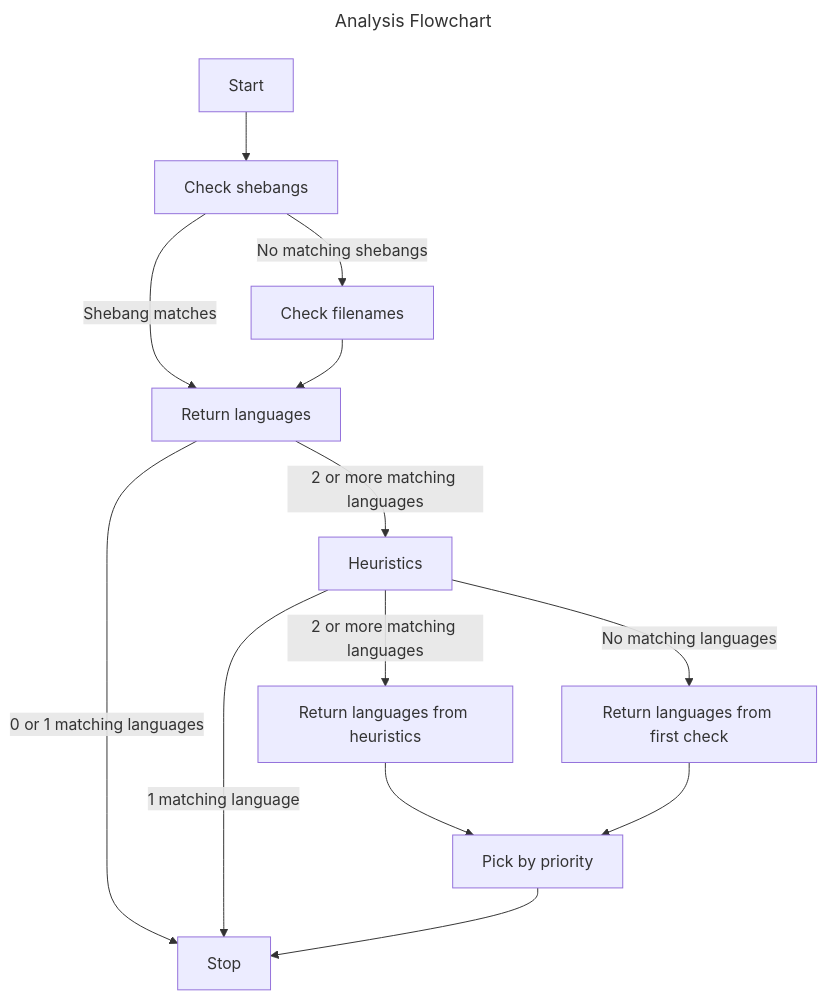
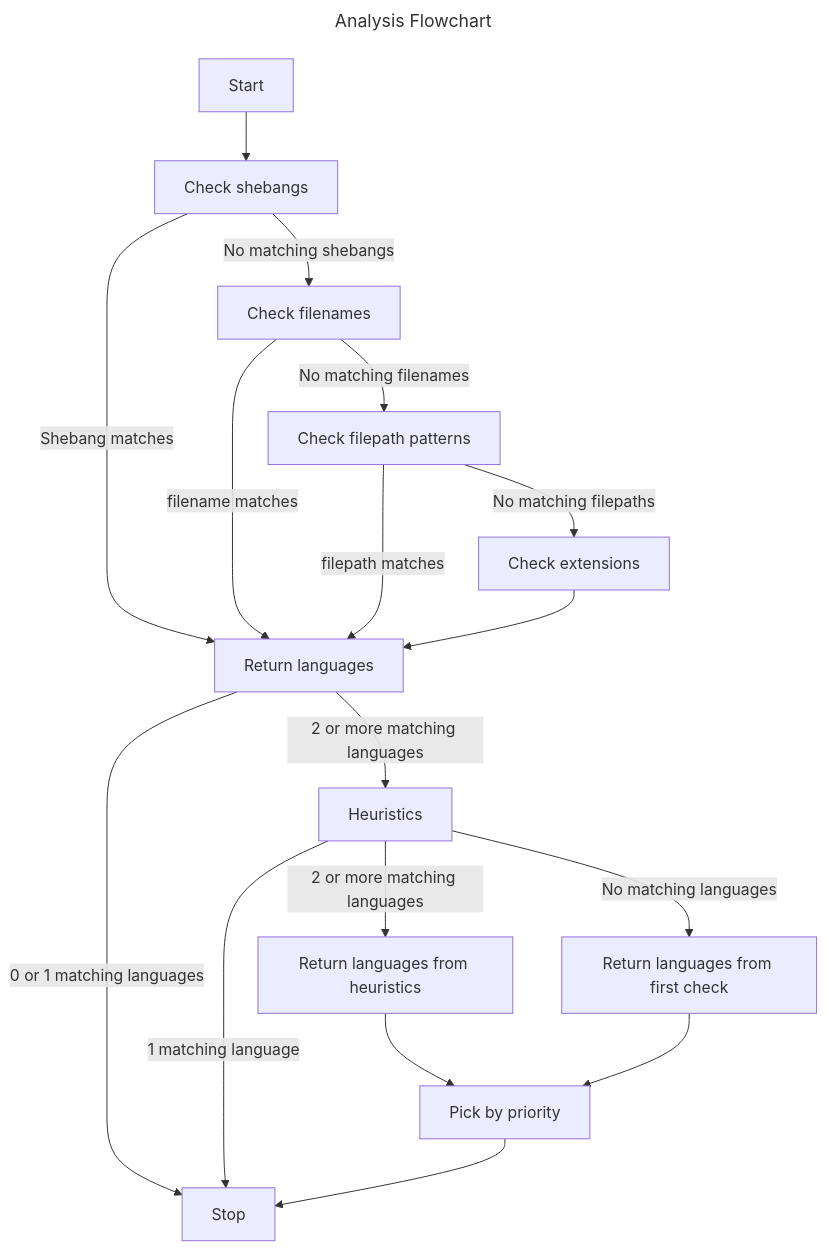
The diagram in docs/analysis-state-diagram.mmd (spenserblack/gengo), drawn with Mermaid before and after one commit. The commit also changed 4 other files, not shown here.

```diff
--- a/docs/analysis-state-diagram.mmd
+++ b/docs/analysis-state-diagram.mmd
@@ -1,25 +1,31 @@
 ---
 title: Analysis Flowchart
 ---
 flowchart TD
     start[Start]
     pass1[Check shebangs]
     pass1part2[Check filenames]
+    pass1part3[Check filepath patterns]
+    pass1part4[Check extensions]
     result1[Return languages]
     pass2[Heuristics]
     result2branch1[Return languages from heuristics]
     result2branch2[Return languages from first check]
     pass3[Pick by priority]
     stop[Stop]
     start --> pass1
     pass1 -->|Shebang matches| result1
     pass1 -->|No matching shebangs| pass1part2
-    pass1part2 --> result1
+    pass1part2 -->|filename matches| result1
+    pass1part2 -->|No matching filenames| pass1part3
+    pass1part3 -->|filepath matches| result1
+    pass1part3 -->|No matching filepaths| pass1part4
+    pass1part4 -->result1
     result1 -->|0 or 1 matching languages| stop
     result1 -->|2 or more matching languages| pass2
     pass2 -->|1 matching language| stop
     pass2 -->|2 or more matching languages| result2branch1
     pass2 -->|No matching languages| result2branch2
     result2branch1 --> pass3
     result2branch2 --> pass3
     pass3 --> stop
```
